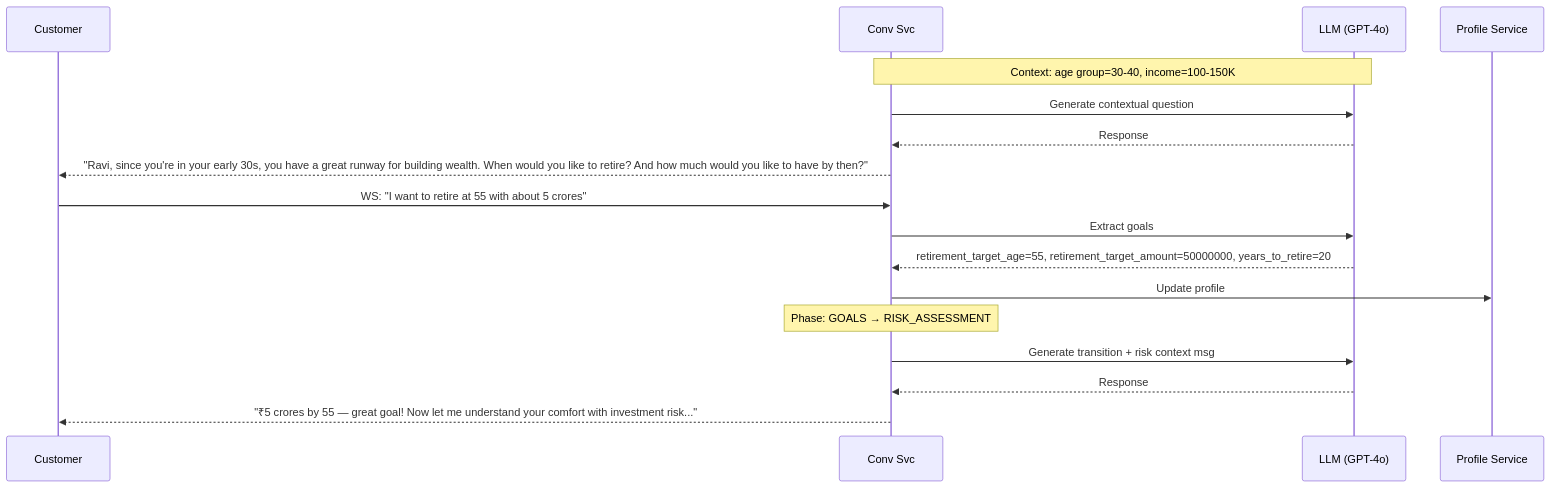
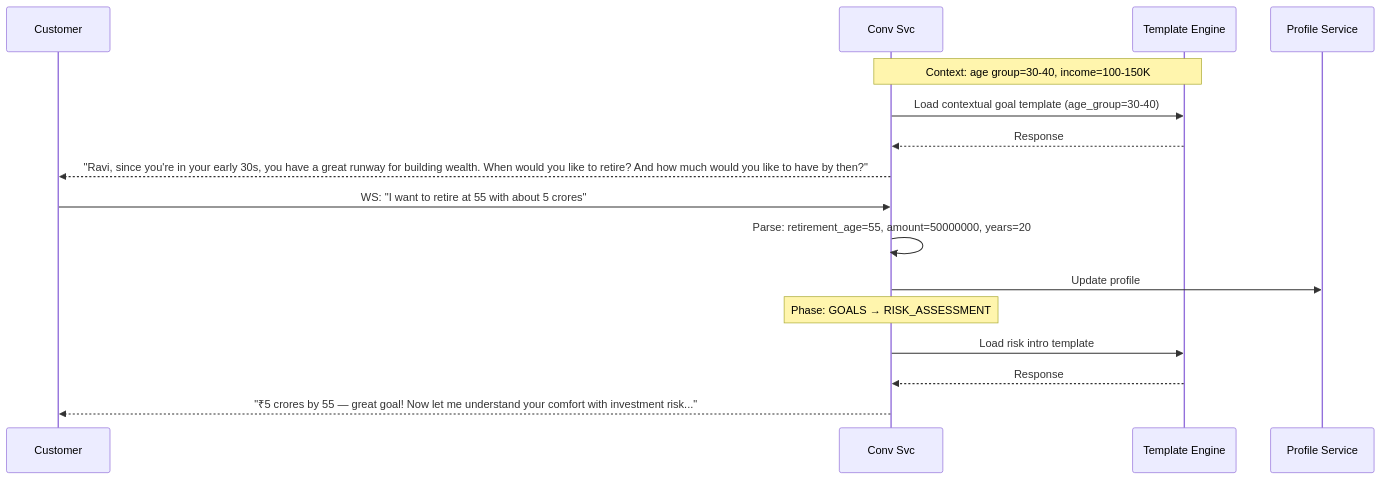
One commit to Cognition-Partner-Workshops/uc-framework-upgrade-monolith-to-microservices changed the fourth of 20 diagrams in docs/design/05-sequence-diagrams.md. Above: the diagram before and after it, drawn with Mermaid. The commit also changed other lines of this file and 4 other files, not shown here.

````diff
--- a/docs/design/05-sequence-diagrams.md
+++ b/docs/design/05-sequence-diagrams.md
@@ -133,21 +132,20 @@
 ```mermaid
 sequenceDiagram
     participant C as Customer
     participant CS as Conv Svc
-    participant LLM as LLM (GPT-4o)
+    participant TE as Template Engine
     participant PS as Profile Service
 
-    Note over CS,LLM: Context: age group=30-40, income=100-150K
-    CS->>LLM: Generate contextual question
-    LLM-->>CS: Response
+    Note over CS,TE: Context: age group=30-40, income=100-150K
+    CS->>TE: Load contextual goal template (age_group=30-40)
+    TE-->>CS: Response
     CS-->>C: "Ravi, since you're in your early 30s, you have a great runway for building wealth. When would you like to retire? And how much would you like to have by then?"
 
     C->>CS: WS: "I want to retire at 55 with about 5 crores"
-    CS->>LLM: Extract goals
-    LLM-->>CS: retirement_target_age=55, retirement_target_amount=50000000, years_to_retire=20
+    CS->>CS: Parse: retirement_age=55, amount=50000000, years=20
     CS->>PS: Update profile
     Note over CS: Phase: GOALS → RISK_ASSESSMENT
-    CS->>LLM: Generate transition + risk context msg
-    LLM-->>CS: Response
+    CS->>TE: Load risk intro template
+    TE-->>CS: Response
     CS-->>C: "₹5 crores by 55 — great goal! Now let me understand your comfort with investment risk..."
 ```
````
